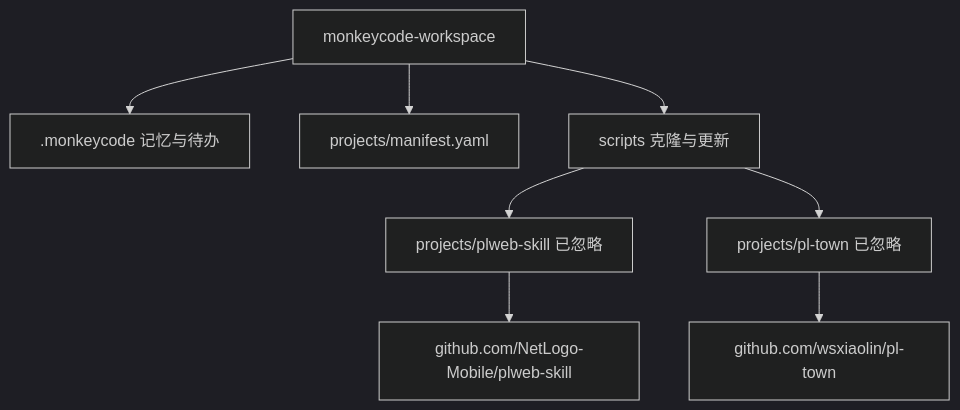
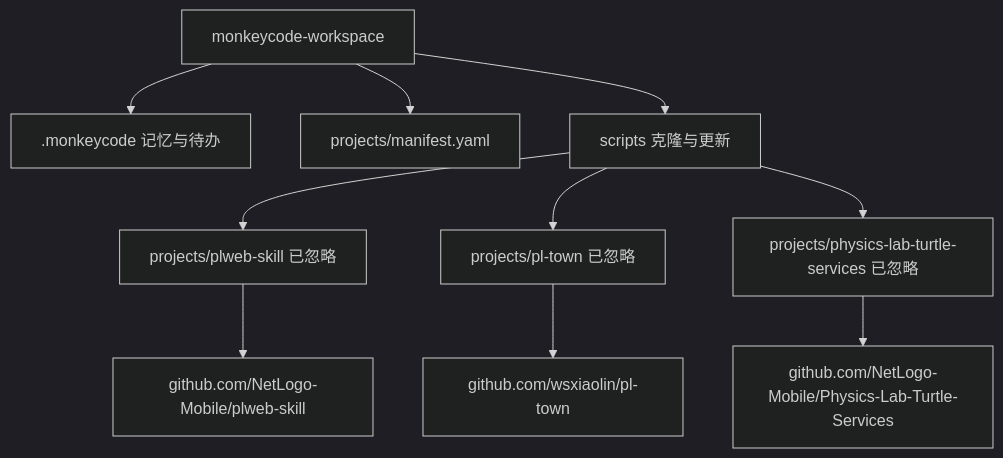
The diagram in .monkeycode/docs/ARCHITECTURE.md (wsxiaolin/monkeycode-workspace), drawn with Mermaid (dark theme) before and after one commit. The commit also changed 7 other files, not shown here.

Commit message:
feat: register physics-lab-turtle-services in workspace

````diff
--- a/.monkeycode/docs/ARCHITECTURE.md
+++ b/.monkeycode/docs/ARCHITECTURE.md
@@ -7,18 +7,22 @@
 ```mermaid
 graph TD
     WS["monkeycode-workspace"]
     MEM[".monkeycode 记忆与待办"]
     MAN["projects/manifest.yaml"]
     SCR["scripts 克隆与更新"]
     P1["projects/plweb-skill 已忽略"]
     P2["projects/pl-town 已忽略"]
+    P3["projects/physics-lab-turtle-services 已忽略"]
     R1["github.com/NetLogo-Mobile/plweb-skill"]
     R2["github.com/wsxiaolin/pl-town"]
+    R3["github.com/NetLogo-Mobile/Physics-Lab-Turtle-Services"]
     WS --> MEM
     WS --> MAN
     WS --> SCR
     SCR --> P1
     SCR --> P2
+    SCR --> P3
     P1 --> R1
     P2 --> R2
+    P3 --> R3
 ```
````
